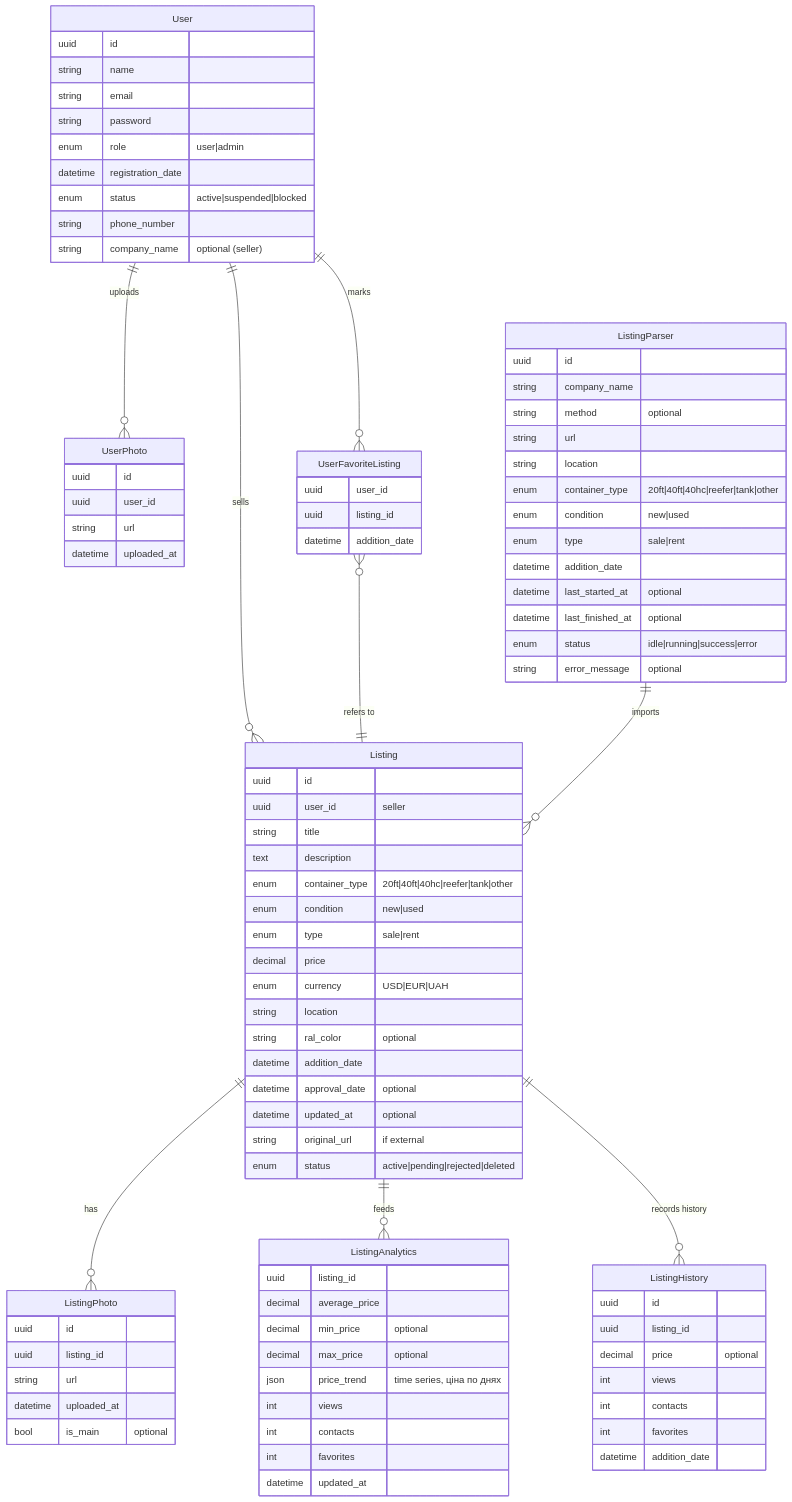
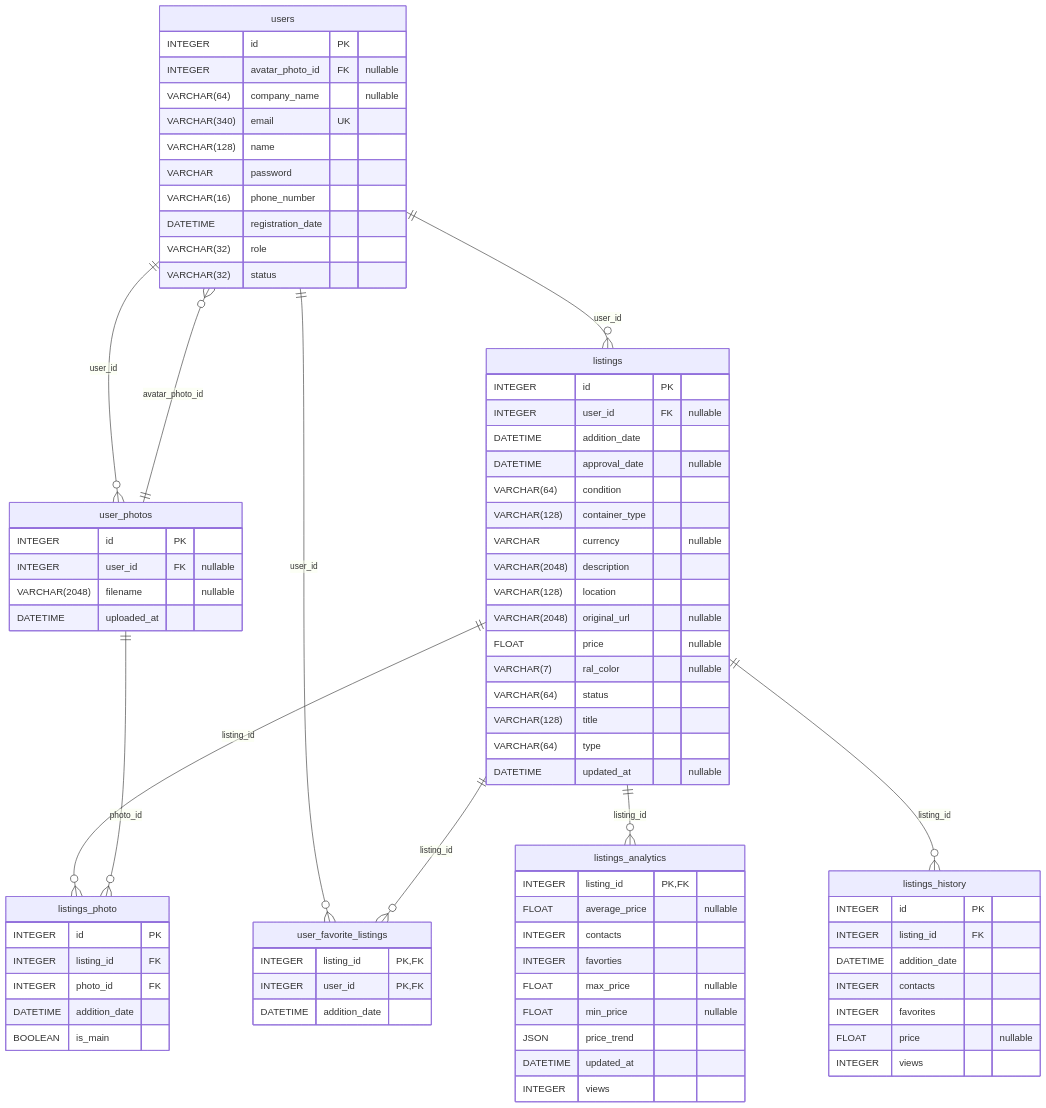
One commit to JusicP/cargo-container-aggregator changed the diagram in docs/models.md. Above: the diagram before and after it, drawn with Mermaid. The commit also changed other lines of this file and 1 other file, not shown here.

Commit message:
Docs: ER model diagram automation

````diff
--- a/docs/models.md
+++ b/docs/models.md
@@ -2,104 +1,87 @@
 ```mermaid
 erDiagram
-    User {
-      uuid id
-      string name
-      string email
-      string password
-      enum role "user|admin"
-      datetime registration_date
-      enum status "active|suspended|blocked"
-      string phone_number
-      string company_name "optional (seller)"
-    }
+  users {
+    INTEGER id PK
+    INTEGER avatar_photo_id FK "nullable"
+    VARCHAR(64) company_name "nullable"
+    VARCHAR(340) email UK
+    VARCHAR(128) name
+    VARCHAR password
+    VARCHAR(16) phone_number
+    DATETIME registration_date
+    VARCHAR(32) role
+    VARCHAR(32) status
+  }
 
-    UserPhoto {
-      uuid id
-      uuid user_id
-      string url
-      datetime uploaded_at
-    }
+  listings {
+    INTEGER id PK
+    INTEGER user_id FK "nullable"
+    DATETIME addition_date
+    DATETIME approval_date "nullable"
+    VARCHAR(64) condition
+    VARCHAR(128) container_type
+    VARCHAR currency "nullable"
+    VARCHAR(2048) description
+    VARCHAR(128) location
+    VARCHAR(2048) original_url "nullable"
+    FLOAT price "nullable"
+    VARCHAR(7) ral_color "nullable"
+    VARCHAR(64) status
+    VARCHAR(128) title
+    VARCHAR(64) type
+    DATETIME updated_at "nullable"
+  }
 
-    Listing {
-      uuid id
-      uuid user_id "seller"
-      string title
-      text description
-      enum container_type "20ft|40ft|40hc|reefer|tank|other"
-      enum condition "new|used"
-      enum type "sale|rent"
-      decimal price
-      enum currency "USD|EUR|UAH"
-      string location
-      string ral_color "optional"
-      datetime addition_date
-      datetime approval_date "optional"
-      datetime updated_at "optional"
-      string original_url "if external"
-      enum status "active|pending|rejected|deleted"
-    }
+  listings_photo {
+    INTEGER id PK
+    INTEGER listing_id FK
+    INTEGER photo_id FK
+    DATETIME addition_date
+    BOOLEAN is_main
+  }
 
-    ListingPhoto {
-      uuid id
-      uuid listing_id
-      string url
-      datetime uploaded_at
-      bool is_main "optional"
-    }
+  user_favorite_listings {
+    INTEGER listing_id PK,FK
+    INTEGER user_id PK,FK
+    DATETIME addition_date
+  }
 
-    UserFavoriteListing {
-      uuid user_id
-      uuid listing_id
-      datetime addition_date
-    }
+  user_photos {
+    INTEGER id PK
+    INTEGER user_id FK "nullable"
+    VARCHAR(2048) filename "nullable"
+    DATETIME uploaded_at
+  }
 
-    ListingParser {
-      uuid id
-      string company_name
-      string method "optional"
-      string url
-      string location
-      enum container_type "20ft|40ft|40hc|reefer|tank|other"
-      enum condition "new|used"
-      enum type "sale|rent"
-      datetime addition_date
-      datetime last_started_at "optional"
-      datetime last_finished_at "optional"
-      enum status "idle|running|success|error"
-      string error_message "optional"
-    }
+  listings_analytics {
+    INTEGER listing_id PK,FK
+    FLOAT average_price "nullable"
+    INTEGER contacts
+    INTEGER favorties
+    FLOAT max_price "nullable"
+    FLOAT min_price "nullable"
+    JSON price_trend
+    DATETIME updated_at
+    INTEGER views
+  }
 
-    ListingAnalytics {
-      uuid listing_id
-      decimal average_price
-      decimal min_price "optional"
-      decimal max_price "optional"
-      json price_trend "time series, ціна по днях"
-      int views
-      int contacts
-      int favorites
-      datetime updated_at
-    }
+  listings_history {
+    INTEGER id PK
+    INTEGER listing_id FK
+    DATETIME addition_date
+    INTEGER contacts
+    INTEGER favorites
+    FLOAT price "nullable"
+    INTEGER views
+  }
 
-    ListingHistory {
-      uuid id
-      uuid listing_id
-      decimal price "optional"
-      int views
-      int contacts
-      int favorites
-      datetime addition_date
-    }
-
-    %% Relations
-    User ||--o{ Listing : "sells"
-    User ||--o{ UserPhoto : "uploads"
-    User ||--o{ UserFavoriteListing : "marks"
-    UserFavoriteListing }o--|| Listing : "refers to"
-
-    Listing ||--o{ ListingPhoto : "has"
-    Listing ||--o{ ListingAnalytics : "feeds"
-    Listing ||--o{ ListingHistory : "records history"
-    ListingParser ||--o{ Listing : "imports"
-
+  user_photos ||--o{ users : avatar_photo_id
+  users ||--o{ listings : user_id
+  listings ||--o{ listings_photo : listing_id
+  user_photos ||--o{ listings_photo : photo_id
+  users ||--o{ user_favorite_listings : user_id
+  listings ||--o{ user_favorite_listings : listing_id
+  users ||--o{ user_photos : user_id
+  listings ||--o{ listings_analytics : listing_id
+  listings ||--o{ listings_history : listing_id
 ```
````
